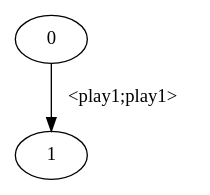
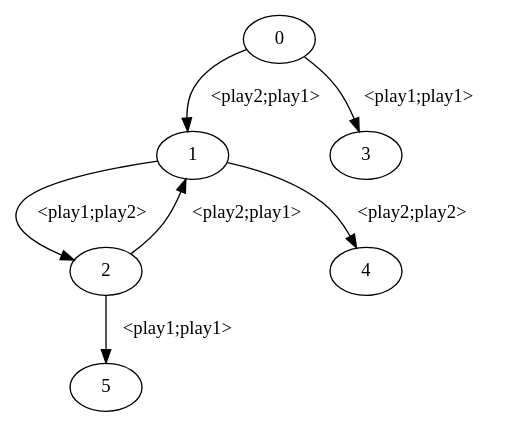
The diagram in Coursework 3/.w6-1.ispl/formula6.dot (leonardocarboni/infomlsai), drawn with Graphviz before and after one commit. The commit also changed 14 other files, not shown here.

```diff
--- a/Coursework 3/.w6-1.ispl/formula6.dot
+++ b/Coursework 3/.w6-1.ispl/formula6.dot
@@ -1,5 +1,14 @@
 digraph witness5 {
  0 [label="0",shape=ellipse]
  1 [label="1",shape=ellipse]
-    0 -> 1[label="<play1;play1>"]
+ 2 [label="2",shape=ellipse]
+ 3 [label="3",shape=ellipse]
+ 4 [label="4",shape=ellipse]
+ 5 [label="5",shape=ellipse]
+    0 -> 1[label="<play2;play1>"]
+    1 -> 2[label="<play1;play2>"]
+    2 -> 1[label="<play2;play1>"]
+    0 -> 3[label="<play1;play1>"]
+    1 -> 4[label="<play2;play2>"]
+    2 -> 5[label="<play1;play1>"]
 }
```
